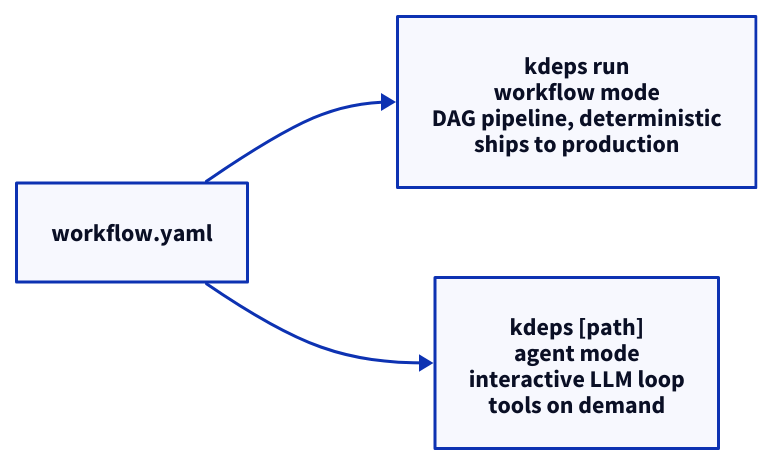
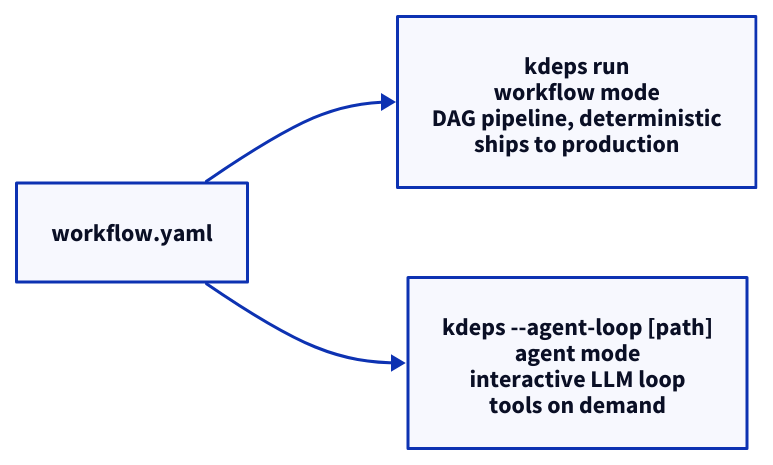
The diagram in docs/v2/start/why-kdeps.md (kdeps/kdeps), drawn with D2 before and after one commit. The commit also changed other lines of this file and 84 other files, not shown here.

First line of the commit message:
feat!: bare kdeps runs workflow.yaml; --agent-loop opens the REPL

````diff
--- a/docs/v2/start/why-kdeps.md
+++ b/docs/v2/start/why-kdeps.md
@@ -68,10 +68,10 @@
 ```d2
 direction: right
 
 A: workflow.yaml
 B: "kdeps run\nworkflow mode\nDAG pipeline, deterministic\nships to production"
-C: "kdeps [path]\nagent mode\ninteractive LLM loop\ntools on demand"
+C: "kdeps --agent-loop [path]\nagent mode\ninteractive LLM loop\ntools on demand"
 
 A -> B
 A -> C
 ```
````
